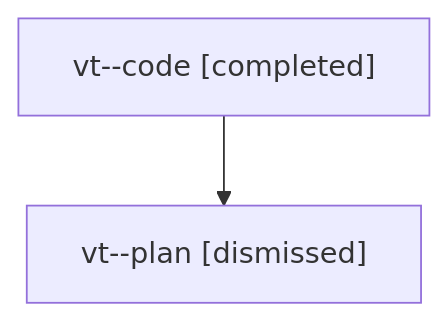
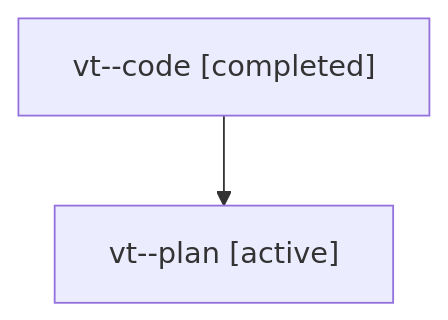
The diagram in families/bbugyi200.athena.vt.md (sase-org/sase--agents), drawn with Mermaid before and after one commit. The commit also changed other lines of this file and 35830 other files, not shown here.

````diff
--- a/families/bbugyi200.athena.vt.md
+++ b/families/bbugyi200.athena.vt.md
@@ -9,6 +9,6 @@
 ```mermaid
 flowchart TD
   n0["vt--code [completed]"]
-  n1["vt--plan [dismissed]"]
+  n1["vt--plan [active]"]
   n0 --> n1
 ```
````
